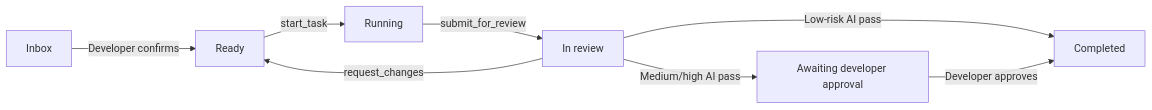
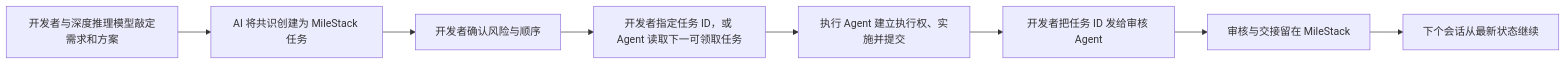
One commit to SuperYang006/MileStack changed the diagram in README.md. Above: the diagram before and after it, drawn with Mermaid. The commit also changed other lines of this file and 9 other files, not shown here.

````diff
--- a/README.md
+++ b/README.md
@@ -26,10 +27,10 @@
 ```mermaid
 flowchart LR
-    I[Inbox] -->|Developer confirms| R[Ready]
-    R -->|start_task| W[Running]
-    W -->|submit_for_review| V[In review]
-    V -->|request_changes| R
-    V -->|Low-risk AI pass| C[Completed]
-    V -->|Medium/high AI pass| A[Awaiting developer approval]
-    A -->|Developer approves| C
+    D[开发者与深度推理模型敲定需求和方案] --> T[AI 将共识创建为 MileStack 任务]
+    T --> C[开发者确认风险与顺序]
+    C --> I[开发者指定任务 ID，或 Agent 读取下一可领取任务]
+    I --> W[执行 Agent 建立执行权、实施并提交]
+    W --> Q[开发者把任务 ID 发给审核 Agent]
+    Q --> R[审核与交接留在 MileStack]
+    R --> N[下个会话从最新状态继续]
 ```
````
